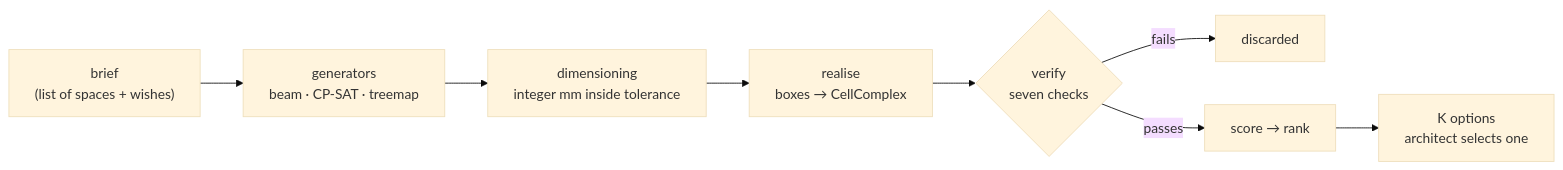
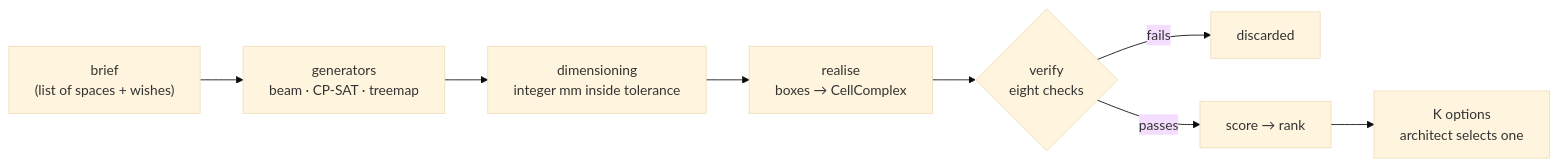
One commit to Adventurous-Systems/spacetope changed the second of 3 diagrams in docs/PLAN.md. Above: the diagram before and after it, drawn with Mermaid (base theme). The commit also changed other lines of this file and 29 other files, not shown here.

````diff
--- a/docs/PLAN.md
+++ b/docs/PLAN.md
@@ -61,10 +61,10 @@
 ```mermaid
 flowchart LR
   B["brief<br/>(list of spaces + wishes)"] --> G["generators<br/>beam · CP-SAT · treemap"]
   G --> D["dimensioning<br/>integer mm inside tolerance"]
   D --> R["realise<br/>boxes → CellComplex"]
-  R --> V{"verify<br/>seven checks"}
+  R --> V{"verify<br/>eight checks"}
   V -- "fails" --> X["discarded"]
   V -- "passes" --> SC["score → rank"]
   SC --> O["K options<br/>architect selects one"]
 ```
````
